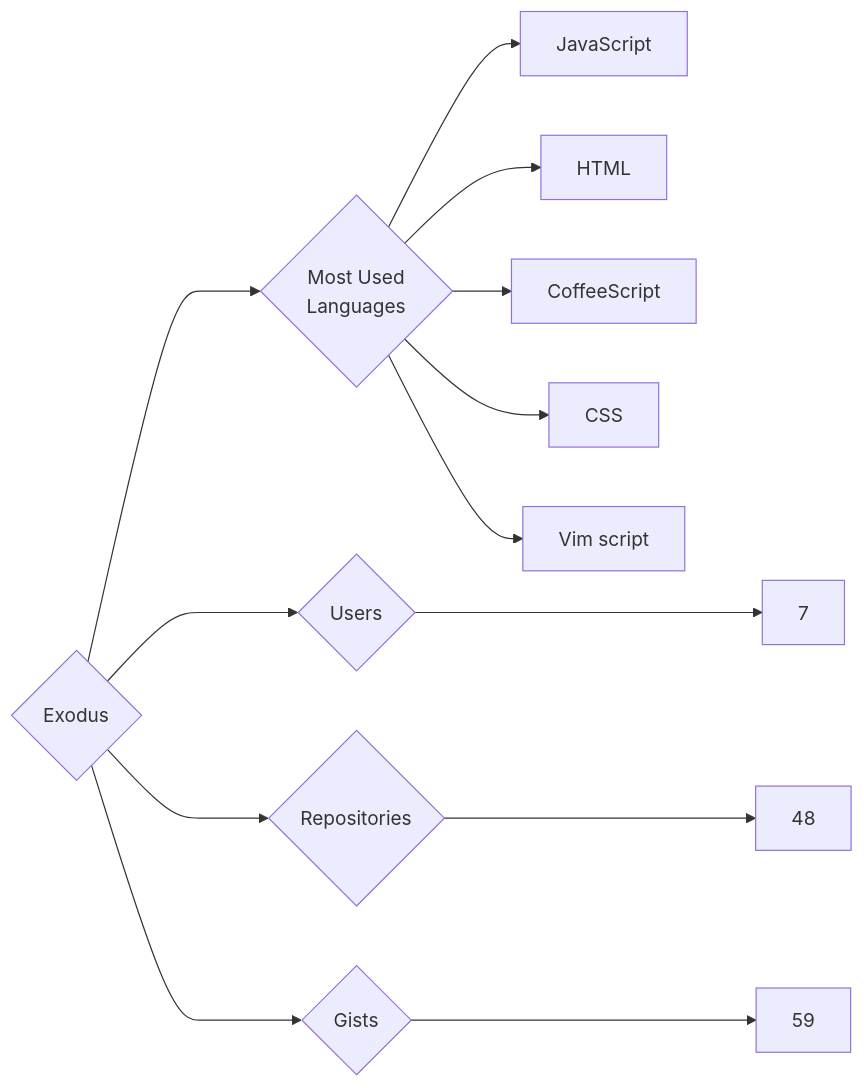
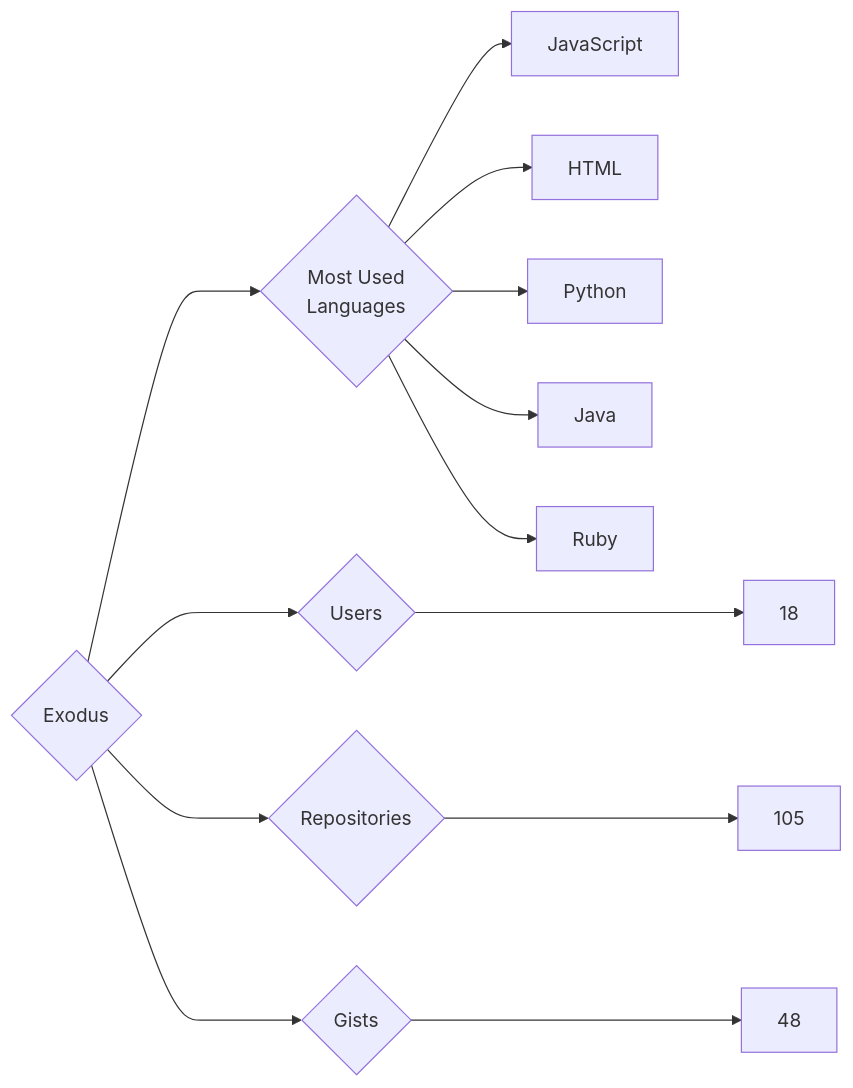
The diagram in targets/Exodus/README.md (trickest/insiders), drawn with Mermaid before and after one commit. The commit also changed 953 other files, not shown here.

````diff
--- a/targets/Exodus/README.md
+++ b/targets/Exodus/README.md
@@ -3,13 +3,13 @@
 ```mermaid
 graph LR
 COMPANY_NAME{Exodus}
-COMPANY_NAME ---> U{Users} ---> UN[7]
-COMPANY_NAME ---> R{Repositories} ---> RN[48]
-COMPANY_NAME ---> G{Gists} ---> GN[59]
+COMPANY_NAME ---> U{Users} ---> UN[18]
+COMPANY_NAME ---> R{Repositories} ---> RN[105]
+COMPANY_NAME ---> G{Gists} ---> GN[48]
 COMPANY_NAME ---> ML{Most Used<br>Languages}
 ML --> JavaScript[JavaScript]
 ML --> HTML[HTML]
-ML --> CoffeeScript[CoffeeScript]
-ML --> CSS[CSS]
-ML --> Vim_script[Vim script]
+ML --> Python[Python]
+ML --> Java[Java]
+ML --> Ruby[Ruby]
 ```
````
